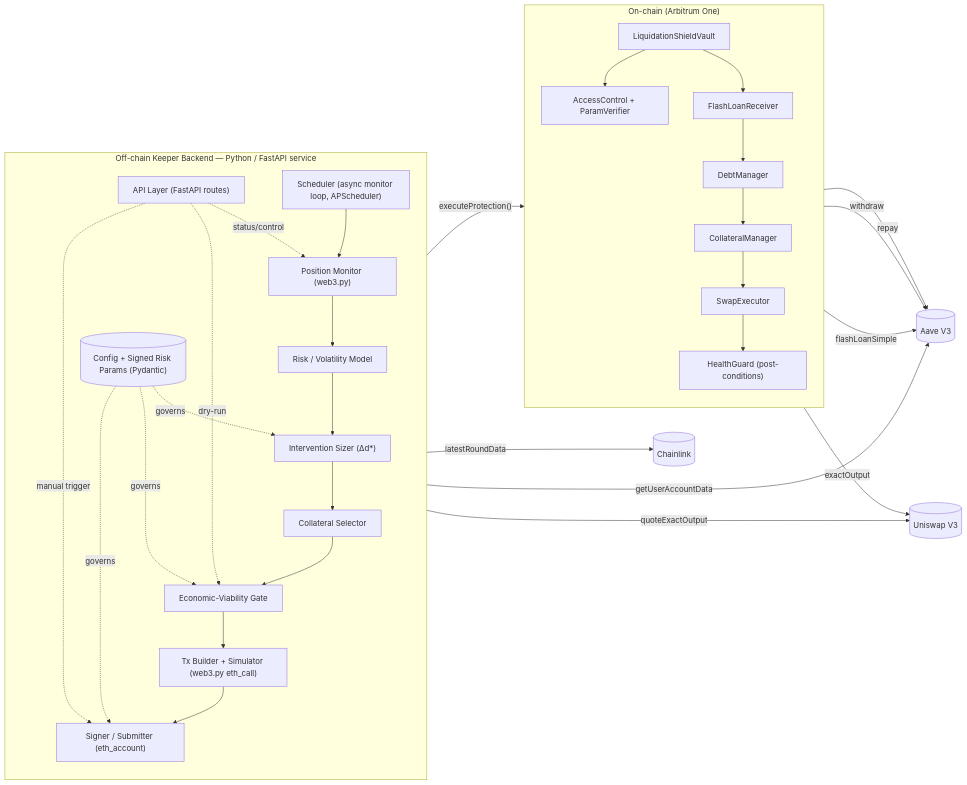
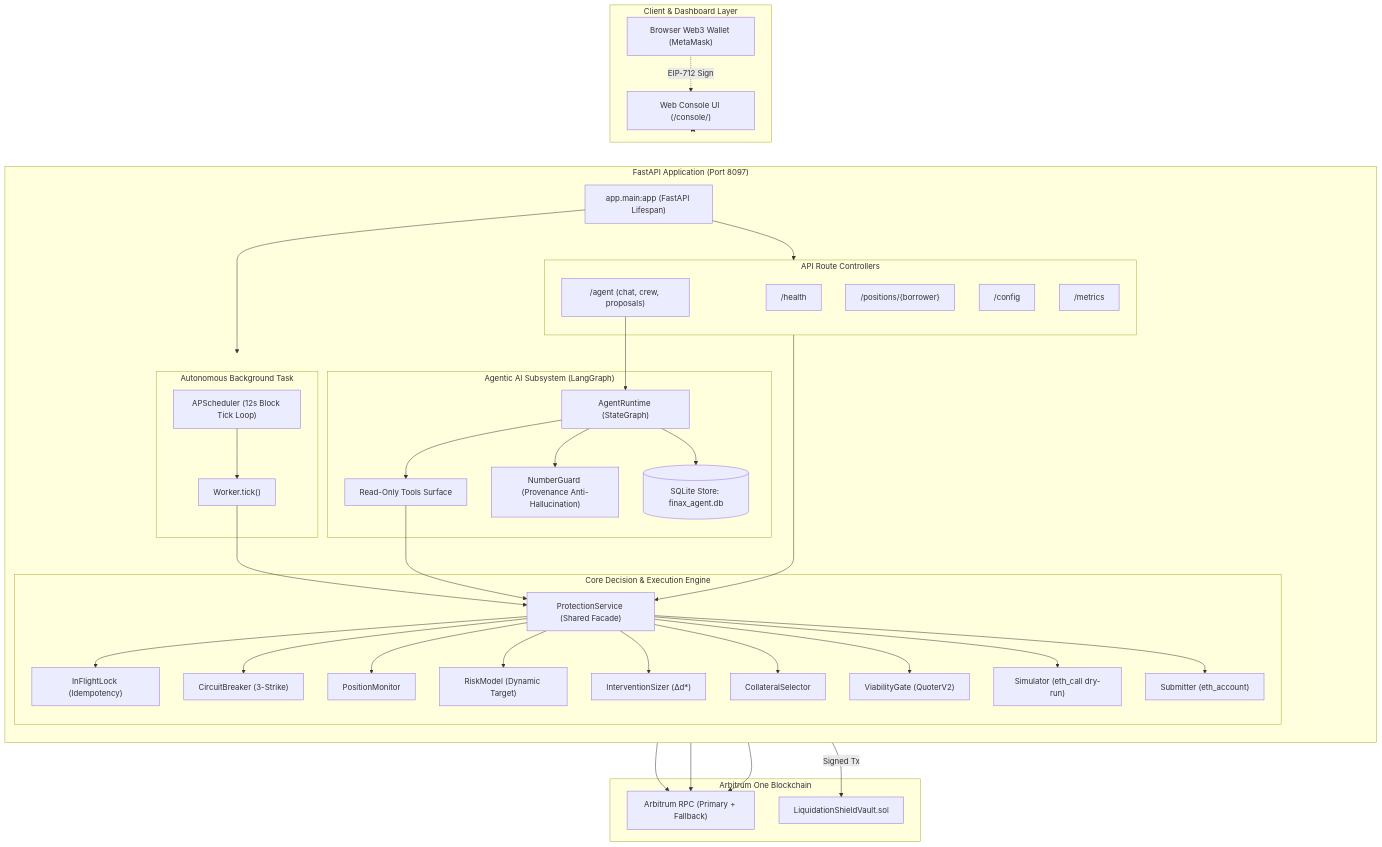
The second of 8 diagrams in SYSTEM_ARCHITECTURE.md (nishok22-max/FinaX), drawn with Mermaid before and after one commit. The commit also changed other lines of this file and 10 other files, not shown here.

Commit message:
feat(agent): complete agentic AI co-pilot, multi-wallet mandate signing and live demo suite

````diff
--- a/SYSTEM_ARCHITECTURE.md
+++ b/SYSTEM_ARCHITECTURE.md
@@ -66,45 +68,80 @@
 ```mermaid
-flowchart LR
-    subgraph OFF["Off-chain Keeper Backend — Python / FastAPI service"]
-        direction TB
-        API["API Layer (FastAPI routes)"]
-        SCHED["Scheduler (async monitor loop, APScheduler)"]
-        MON["Position Monitor (web3.py)"]
-        RISK["Risk / Volatility Model"]
-        SIZE["Intervention Sizer (Δd*)"]
-        SEL["Collateral Selector"]
-        VIA["Economic-Viability Gate"]
-        SIM["Tx Builder + Simulator (web3.py eth_call)"]
-        SUB["Signer / Submitter (eth_account)"]
-        CFG[("Config + Signed Risk Params (Pydantic)")]
-        SCHED --> MON --> RISK --> SIZE --> SEL --> VIA --> SIM --> SUB
-        API -. status/control .-> MON
-        API -. dry-run .-> VIA
-        API -. manual trigger .-> SUB
-        CFG -. governs .-> SIZE
-        CFG -. governs .-> VIA
-        CFG -. governs .-> SUB
+flowchart TD
+    subgraph ClientLayer["Client & Dashboard Layer"]
+        UI["Web Console UI (/console/)"]
+        Wallet["Browser Web3 Wallet (MetaMask)"]
     end
 
-    subgraph ON["On-chain (Arbitrum One)"]
+    subgraph FastAPIService["FastAPI Application (Port 8097)"]
         direction TB
-        VAULT["LiquidationShieldVault"]
-        FLR["FlashLoanReceiver"]
-        DEBT["DebtManager"]
-        COLL["CollateralManager"]
-        SWAP["SwapExecutor"]
-        GUARD["HealthGuard (post-conditions)"]
-        AC["AccessControl + ParamVerifier"]
-        VAULT --> AC
-        VAULT --> FLR --> DEBT --> COLL --> SWAP --> GUARD
+        MainApp["app.main:app (FastAPI Lifespan)"]
+        
+        subgraph Routes["API Route Controllers"]
+            RHealth["/health"]
+            RPos["/positions/{borrower}"]
+            RCfg["/config"]
+            RMet["/metrics"]
+            RAgent["/agent (chat, crew, proposals)"]
+        end
+
+        subgraph CorePipeline["Core Decision & Execution Engine"]
+            Svc["ProtectionService (Shared Facade)"]
+            Mon["PositionMonitor"]
+            Risk["RiskModel (Dynamic Target)"]
+            Size["InterventionSizer (Δd*)"]
+            Sel["CollateralSelector"]
+            Via["ViabilityGate (QuoterV2)"]
+            Sim["Simulator (eth_call dry-run)"]
+            Sub["Submitter (eth_account)"]
+            Inflight["InFlightLock (Idempotency)"]
+            Breaker["CircuitBreaker (3-Strike)"]
+        end
+
+        subgraph BackgroundWorker["Autonomous Background Task"]
+            Sched["APScheduler (12s Block Tick Loop)"]
+            WorkerLoop["Worker.tick()"]
+        end
+
+        subgraph AgentLayer["Agentic AI Subsystem (LangGraph)"]
+            AgentRuntime["AgentRuntime (StateGraph)"]
+            Guard["NumberGuard (Provenance Anti-Hallucination)"]
+            Tools["Read-Only Tools Surface"]
+            SQLiteStore[("SQLite Store: finax_agent.db")]
+        end
     end
 
-    SUB -->|"executeProtection()"| VAULT
-    DEBT -->|repay| AAVE[(Aave V3)]
-    COLL -->|withdraw| AAVE
-    FLR -->|flashLoanSimple| AAVE
-    SWAP -->|exactOutput| UNI[(Uniswap V3)]
-    MON -->|getUserAccountData| AAVE
-    SEL -->|quoteExactOutput| UNI
-    RISK -->|latestRoundData| ORC[(Chainlink)]
+    subgraph Blockchain["Arbitrum One Blockchain"]
+        RPC["Arbitrum RPC (Primary + Fallback)"]
+        VaultContract["LiquidationShieldVault.sol"]
+    end
+
+    UI <--> Routes
+    Wallet -.->|"EIP-712 Sign"| UI
+    MainApp --> Routes
+    MainApp --> BackgroundWorker
+    
+    Routes --> Svc
+    WorkerLoop --> Svc
+    Sched --> WorkerLoop
+
+    Svc --> Inflight
+    Svc --> Breaker
+    Svc --> Mon
+    Svc --> Risk
+    Svc --> Size
+    Svc --> Sel
+    Svc --> Via
+    Svc --> Sim
+    Svc --> Sub
+
+    RAgent --> AgentRuntime
+    AgentRuntime --> Tools
+    Tools --> Svc
+    AgentRuntime --> Guard
+    AgentRuntime --> SQLiteStore
+
+    Mon --> RPC
+    Via --> RPC
+    Sim --> RPC
+    Sub -->|"Signed Tx"| VaultContract
 ```
````
